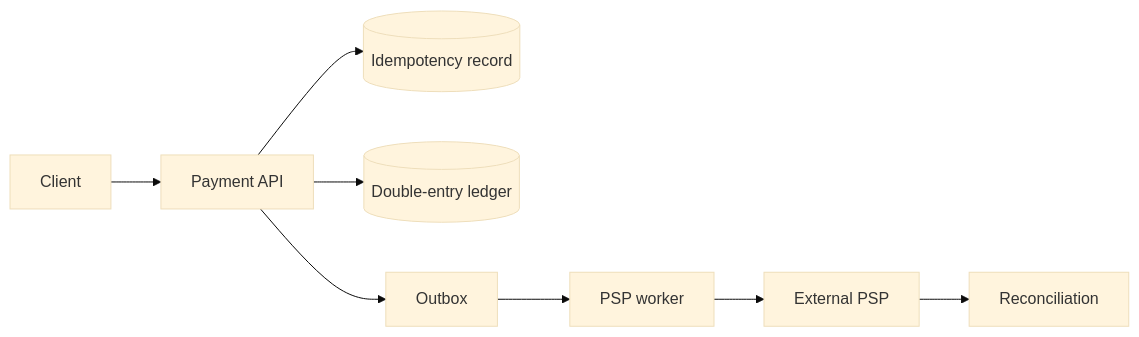
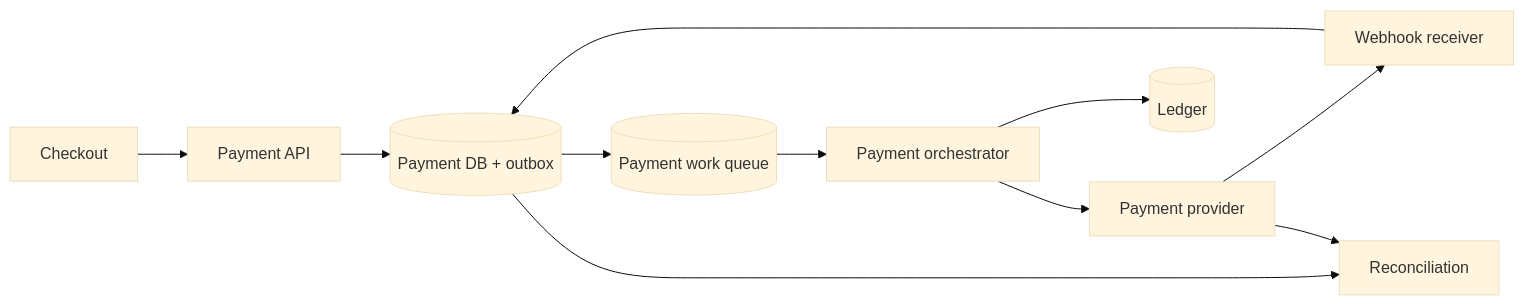
The diagram in src/content/blog/system-design/payment-ledger.md (yangzichao/www), drawn with Mermaid (base theme) before and after one commit. The commit also changed other lines of this file and 18 other files, not shown here.

Commit message:
refactor: Revise URL Shortener design document to enhance clarity and detail on system evolution, API specifications, and architectural considerations

````diff
--- a/src/content/blog/system-design/payment-ledger.md
+++ b/src/content/blog/system-design/payment-ledger.md
@@ -79,10 +243,13 @@
 ```mermaid
 flowchart LR
-  C[Client] --> P[Payment API]
-  P --> I[(Idempotency record)]
-  P --> L[(Double-entry ledger)]
-  P --> O[Outbox]
-  O --> W[PSP worker]
-  W --> X[External PSP]
-  X --> R[Reconciliation]
+  C[Checkout] --> API[Payment API]
+  API --> DB[(Payment DB + outbox)]
+  DB --> Q[(Payment work queue)]
+  Q --> O[Payment orchestrator]
+  O --> PSP[Payment provider]
+  O --> L[(Ledger)]
+  PSP --> W[Webhook receiver]
+  W --> DB
+  DB --> R[Reconciliation]
+  PSP --> R
 ```
````
